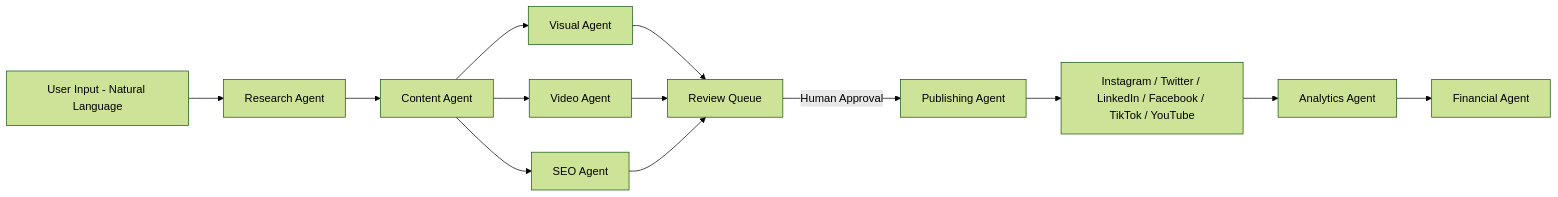
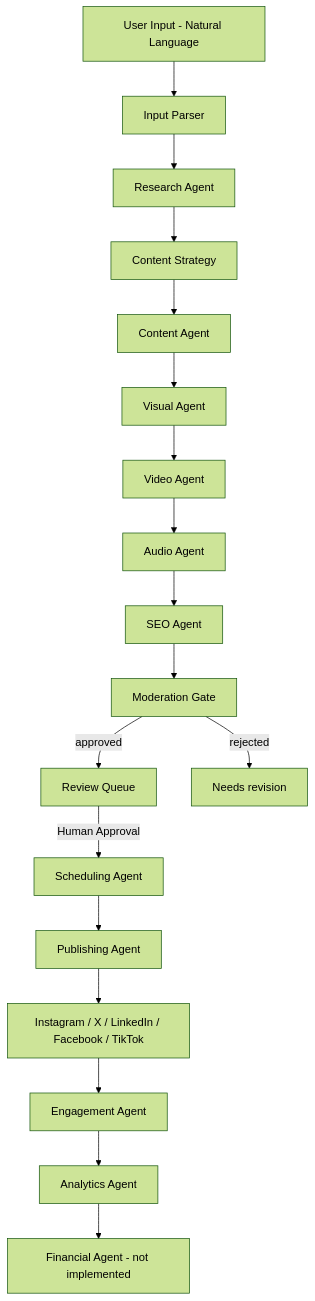
Before and after one commit to web4uai-cpu/socioauto: the diagram in docs/AGENT_WORKFLOW.md, drawn with Mermaid (forest theme). The commit also changed other lines of this file, not shown here.

First line of the commit message:
Correct AGENT_WORKFLOW.md — its "baseline today" notes were stale

````diff
--- a/docs/AGENT_WORKFLOW.md
+++ b/docs/AGENT_WORKFLOW.md
@@ -202,15 +257,20 @@
 ```mermaid
-flowchart LR
-    IN[User Input - Natural Language] --> RA[Research Agent]
-    RA --> CA[Content Agent]
+flowchart TD
+    IN[User Input - Natural Language] --> IP[Input Parser]
+    IP --> RA[Research Agent]
+    RA --> CS[Content Strategy]
+    CS --> CA[Content Agent]
     CA --> VA[Visual Agent]
-    CA --> VID[Video Agent]
-    CA --> SEO[SEO Agent]
-    VA --> RQ[Review Queue]
-    VID --> RQ
-    SEO --> RQ
-    RQ -->|Human Approval| PUB[Publishing Agent]
-    PUB --> PLATFORMS[Instagram / Twitter / LinkedIn / Facebook / TikTok / YouTube]
-    PLATFORMS --> ANL[Analytics Agent]
-    ANL --> FIN[Financial Agent]
+    VA --> VID[Video Agent]
+    VID --> AUD[Audio Agent]
+    AUD --> SEO[SEO Agent]
+    SEO --> MOD[Moderation Gate]
+    MOD -->|approved| RQ[Review Queue]
+    MOD -->|rejected| REV[Needs revision]
+    RQ -->|Human Approval| SCH[Scheduling Agent]
+    SCH --> PUB[Publishing Agent]
+    PUB --> PLATFORMS[Instagram / X / LinkedIn / Facebook / TikTok]
+    PLATFORMS --> ENG[Engagement Agent]
+    ENG --> ANL[Analytics Agent]
+    ANL --> FIN[Financial Agent - not implemented]
 ```
````
